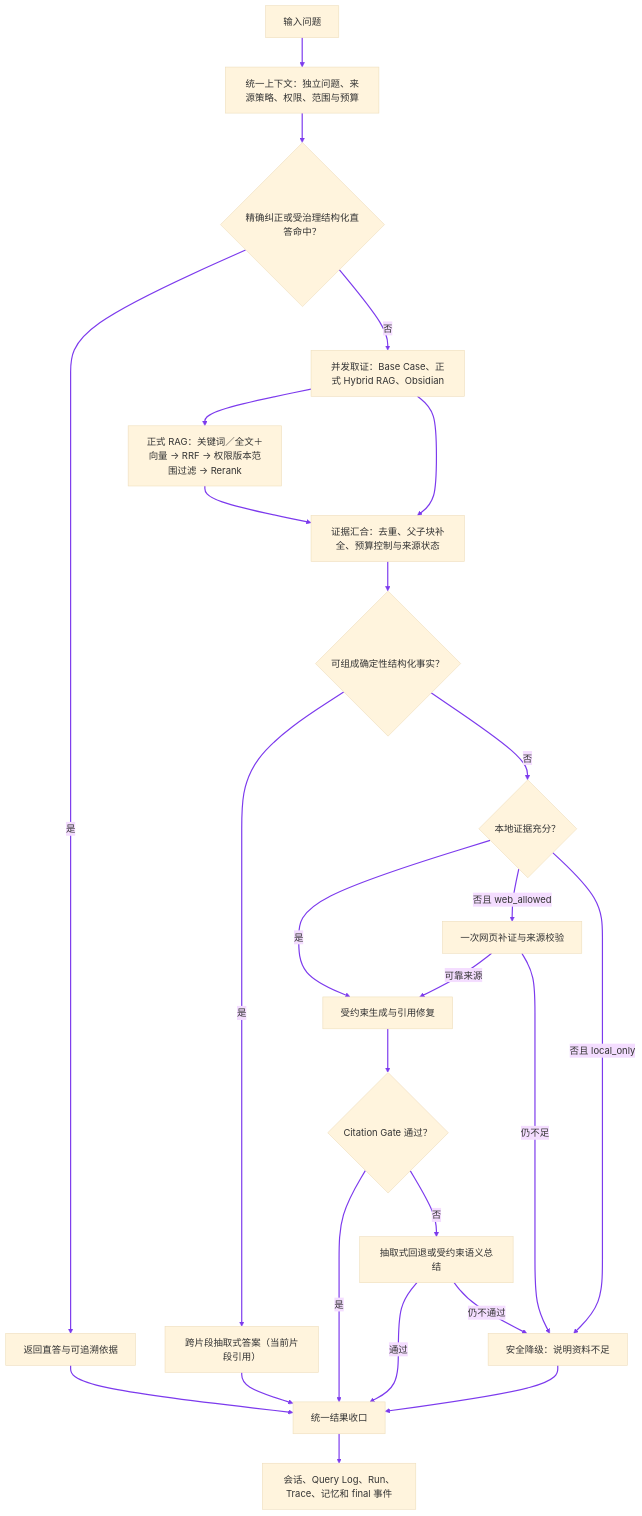
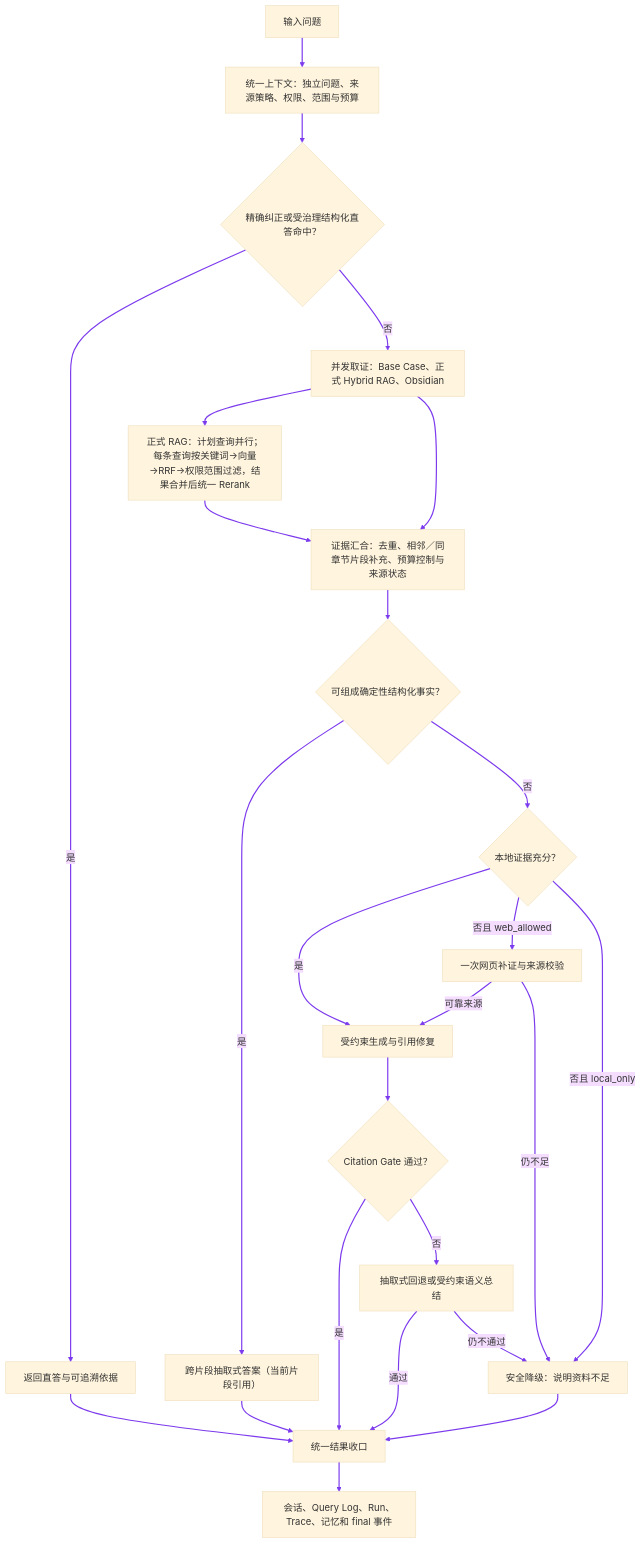
One commit to monstereatai/RAG changed the fourth of 29 diagrams in docs/interview/功能步骤流程.md. Above: the diagram before and after it, drawn with Mermaid (base theme). The commit also changed other lines of this file and 224 other files, not shown here.

````diff
--- a/docs/interview/功能步骤流程.md
+++ b/docs/interview/功能步骤流程.md
@@ -238,28 +240,28 @@
 ```mermaid
 flowchart TB
   A[输入问题] --> B[统一上下文：独立问题、来源策略、权限、范围与预算]
   B --> C{精确纠正或受治理结构化直答命中？}
   C -->|是| D[返回直答与可追溯依据]
   C -->|否| E[并发取证：Base Case、正式 Hybrid RAG、Obsidian]
-  E --> F[正式 RAG：关键词／全文＋向量 → RRF → 权限版本范围过滤 → Rerank]
-  F --> G[证据汇合：去重、父子块补全、预算控制与来源状态]
+  E --> F[正式 RAG：计划查询并行；每条查询按关键词→向量→RRF→权限范围过滤，结果合并后统一 Rerank]
+  F --> G[证据汇合：去重、相邻／同章节片段补充、预算控制与来源状态]
   E --> G
   G --> H{可组成确定性结构化事实？}
   H -->|是| I[跨片段抽取式答案（当前片段引用）]
   H -->|否| J{本地证据充分？}
   J -->|是| K[受约束生成与引用修复]
   J -->|否且 web_allowed| L[一次网页补证与来源校验]
   J -->|否且 local_only| M[安全降级：说明资料不足]
   L -->|可靠来源| K
   L -->|仍不足| M
   D --> N[统一结果收口]
   I --> N
   K --> O{Citation Gate 通过？}
   O -->|是| N
   O -->|否| P[抽取式回退或受约束语义总结]
   P -->|通过| N
   P -->|仍不通过| M
   M --> N
   N --> Q[会话、Query Log、Run、Trace、记忆和 final 事件]
   linkStyle 0,1,2,3,4,5,6,7,8,9,10,11,12,13,14,15,16,17,18,19,20,21,22,23 stroke:#7c3aed,stroke-width:2px
 ```
````
